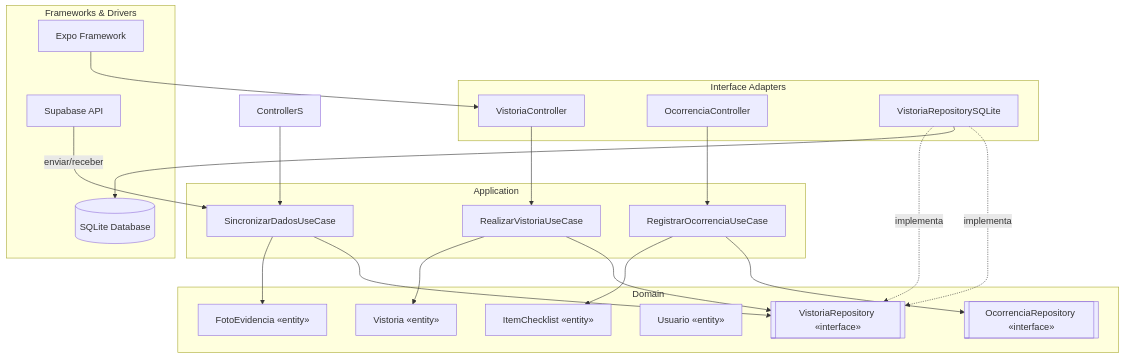
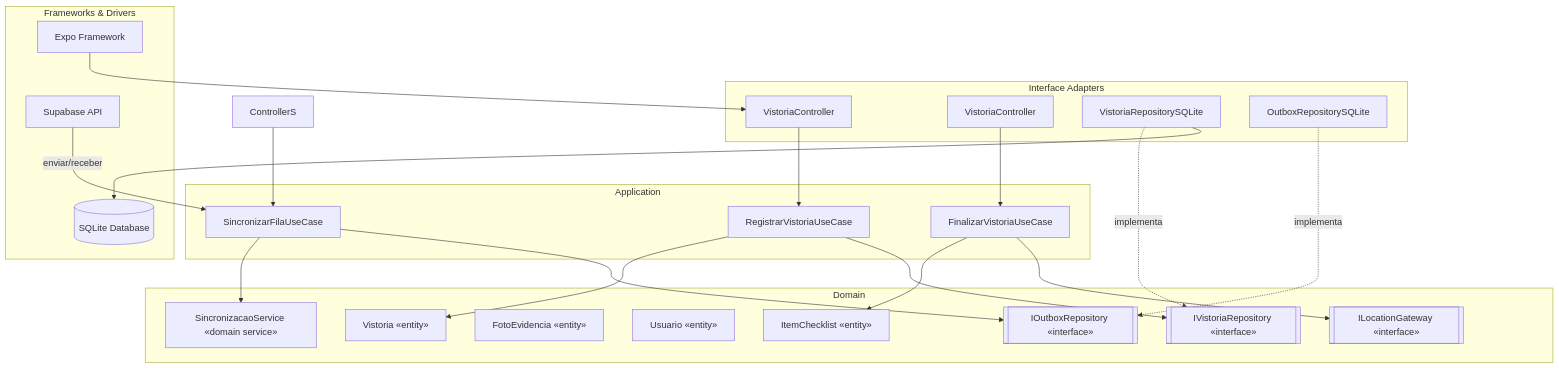
One commit to JpCobraC/SindiFlow changed the ninth of 9 diagrams in docs/documento-software.md. Above: the diagram before and after it, drawn with Mermaid. The commit also changed other lines of this file and 5 other files, not shown here.

````diff
--- a/docs/documento-software.md
+++ b/docs/documento-software.md
@@ -425,41 +671,44 @@
 ```mermaid
 flowchart TB
     subgraph Adapters["Interface Adapters"]
         ControllerV[VistoriaController]
-        ControllerO[OcorrenciaController]
+        ControllerO[VistoriaController]
         RepoImpl[VistoriaRepositorySQLite]
+        RepoOutbox[OutboxRepositorySQLite]
     end
     subgraph Application["Application"]
-        UseCaseV[RealizarVistoriaUseCase]
-        UseCaseO[RegistrarOcorrenciaUseCase]
-        UseCaseS[SincronizarDadosUseCase]
+        UseCaseV[RegistrarVistoriaUseCase]
+        UseCaseO[FinalizarVistoriaUseCase]
+        UseCaseS[SincronizarFilaUseCase]
     end
     subgraph Domain["Domain"]
         EntityV[Vistoria «entity»]
         EntityC[ItemChecklist «entity»]
         EntityF[FotoEvidencia «entity»]
         EntityU[Usuario «entity»]
-        PortV[[VistoriaRepository «interface»]]
-        PortO[[OcorrenciaRepository «interface»]]
+        ServiceSync[SincronizacaoService «domain service»]
+        PortV[[IVistoriaRepository «interface»]]
+        PortO[[IOutboxRepository «interface»]]
+        PortL[[ILocationGateway «interface»]]
     end
     subgraph Infra["Frameworks & Drivers"]
         DB[(SQLite Database)]
         Sync[Supabase API]
         Expo[Expo Framework]
     end
 
     Expo --> ControllerV
     ControllerV --> UseCaseV
     UseCaseV --> EntityV
     UseCaseV --> PortV
-    RepoImpl -.implementa.-> PortV
-    RepoImpl --> DB
     ControllerO --> UseCaseO
     UseCaseO --> EntityC
-    UseCaseO --> PortO
+    UseCaseO --> PortL
     ControllerS --> UseCaseS
-    UseCaseS --> EntityF
-    UseCaseS --> PortV
+    UseCaseS --> ServiceSync
+    UseCaseS --> PortO
     Sync -->|enviar/receber| UseCaseS
     RepoImpl -.implementa.-> PortV
+    RepoOutbox -.implementa.-> PortO
+    RepoImpl --> DB
 ```
````
